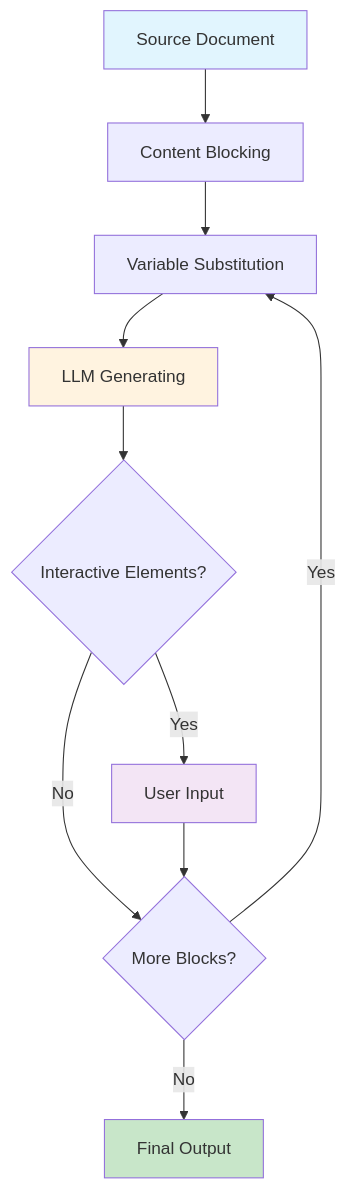
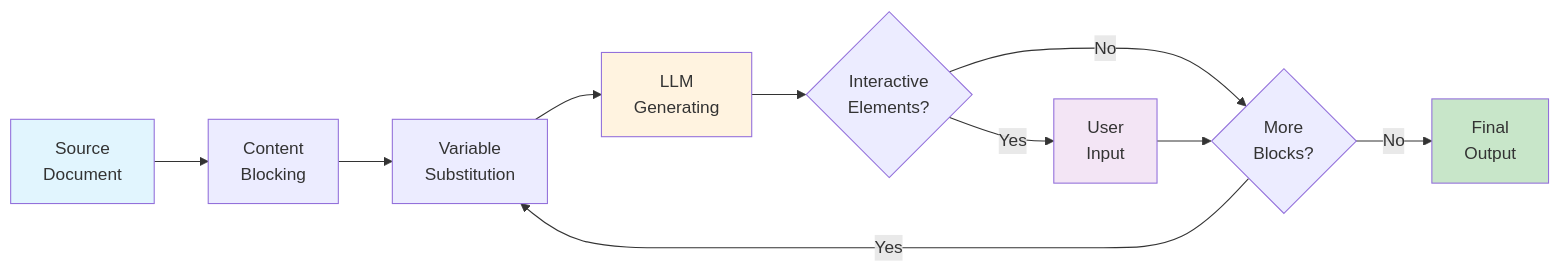
One commit to ai-shifu/markdown-flow changed the diagram in docs/docs/specification/how-it-works.md. Above: the diagram before and after it, drawn with Mermaid.

Commit message:
Optimize Processing Workflow diagram for horizontal compactness
Add line breaks to node labels in the Mermaid flowchart to reduce horizontal width while maintaining left-to-right layout. Each node text is now split across two lines using <br> tags, making the diagram more suitable for narrow display areas.

🤖 Generated with [Claude Code](https://claude.ai/code)

````diff
--- a/docs/docs/specification/how-it-works.md
+++ b/docs/docs/specification/how-it-works.md
@@ -82,17 +82,17 @@
 ```mermaid
-flowchart TD
-    A[Source Document] --> B[Content Blocking]
-    B --> C[Variable Substitution]
-    C --> D[LLM Generating]
-    D --> E{Interactive Elements?}
-    E -->|Yes| F[User Input]
-    E -->|No| G{More Blocks?}
+flowchart LR
+    A[Source<br>Document] --> B[Content<br>Blocking]
+    B --> C[Variable<br>Substitution]
+    C --> D[LLM<br>Generating]
+    D --> E{Interactive<br>Elements?}
+    E -->|Yes| F[User<br>Input]
+    E -->|No| G{More<br>Blocks?}
     F --> G
     G -->|Yes| C
-    G -->|No| H[Final Output]
+    G -->|No| H[Final<br>Output]
 
     style A fill:#e1f5fe
     style H fill:#c8e6c9
     style D fill:#fff3e0
     style F fill:#f3e5f5
 ```
````
